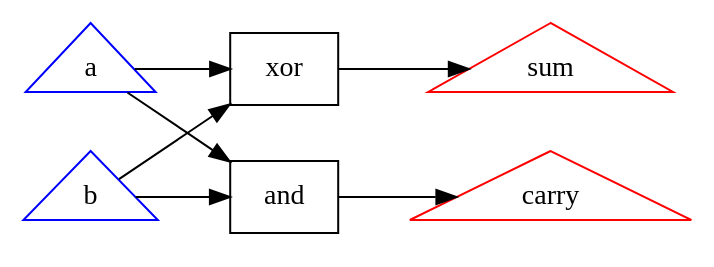
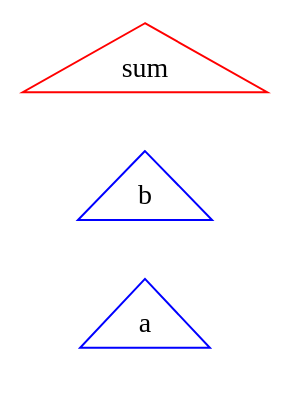
One commit to EDAdesigner/verilog_compiler changed the diagram in examples/half_adder.dot. Above: the diagram before and after it, drawn with Graphviz. The commit also changed 20 other files, not shown here.

```diff
--- a/examples/half_adder.dot
+++ b/examples/half_adder.dot
@@ -1,15 +1,6 @@
 digraph half_adder {
 	graph [rankdir=LR]
-	a [color=blue shape=triangle]
-	b [color=blue shape=triangle]
-	sum [color=red shape=triangle]
-	carry [color=red shape=triangle]
-	xor1 [label=xor shape=box]
-	a -> xor1
-	b -> xor1
-	xor1 -> sum
-	and1 [label=and shape=box]
-	a -> and1
-	b -> and1
-	and1 -> carry
+	a [label=a color=blue shape=triangle]
+	b [label=b color=blue shape=triangle]
+	sum [label=sum color=red shape=triangle]
 }
```
